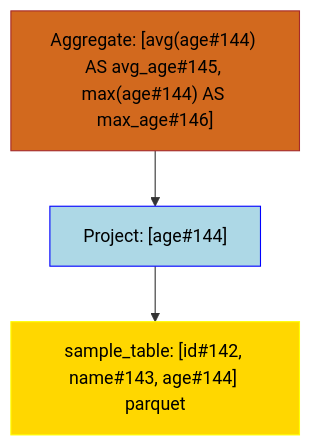
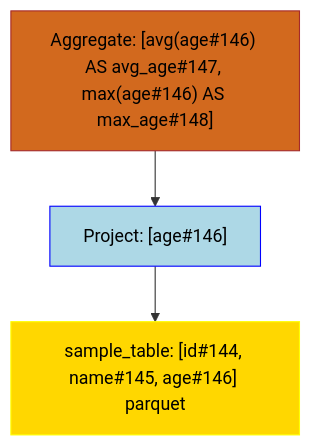
Before and after one commit to NielkNetraam/explainalyzed: the diagram in data/visualization/aggregation_1.mmd, drawn with Mermaid. The commit also changed 54 other files, not shown here.

```diff
--- a/data/visualization/aggregation_1.mmd
+++ b/data/visualization/aggregation_1.mmd
@@ -1,15 +1,15 @@
 flowchart TD
     classDef PROJECT stroke:Blue,fill:LightBlue,color:black
     classDef FILTER stroke:Green,fill:LightGreen,color:black
     classDef UNION stroke:Purple,fill:Violet,color:black
     classDef JOIN stroke:DarkOrange,fill:Orange,color:black
     classDef RELATION stroke:Yellow,fill:Gold,color:black
     classDef AGGREGATE stroke:Brown,fill:Chocolate,color:black
     classDef WINDOW stroke:Aqua,fill:Cyan,color:black
 
-    Aggregate#1["Aggregate: [avg(age#144) AS avg_age#145, max(age#144) AS max_age#146]"]:::AGGREGATE
-    Project#11["Project: [age#144]"]:::PROJECT
-    Relation#111["sample_table: [id#142, name#143, age#144] parquet"]:::RELATION
+    Aggregate#00001["Aggregate: [avg(age#146) AS avg_age#147, max(age#146) AS max_age#148]"]:::AGGREGATE
+    Project#00002["Project: [age#146]"]:::PROJECT
+    Relation#00003["sample_table: [id#144, name#145, age#146] parquet"]:::RELATION
 
-    Aggregate#1 --> Project#11
-        Project#11 --> Relation#111
+    Aggregate#00001 --> Project#00002
+        Project#00002 --> Relation#00003
```
